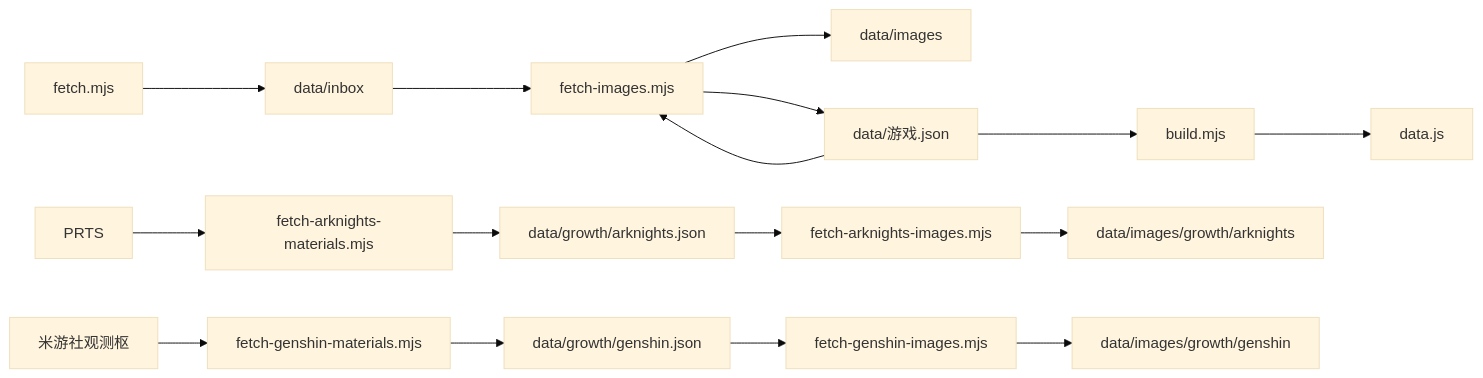
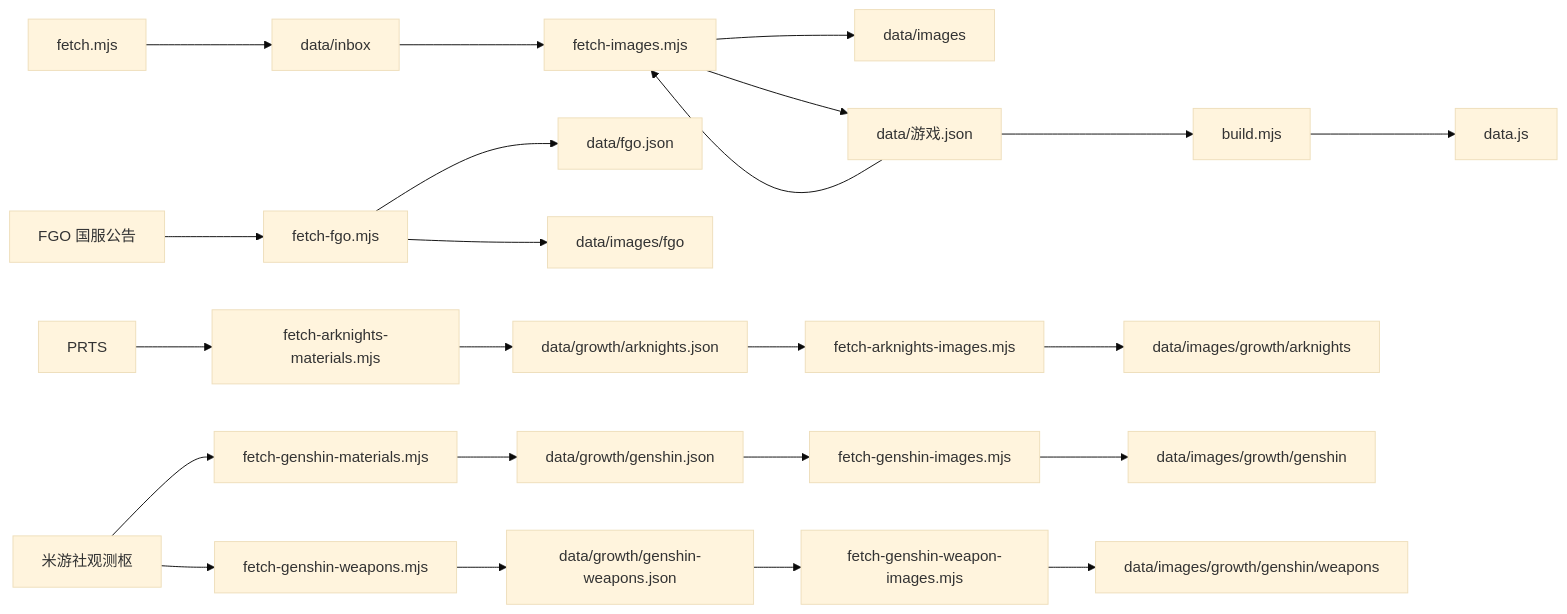
Before and after one commit to QAQ00300/Calender: the diagram in docs/SCRIPTS.md, drawn with Mermaid (base theme). The commit also changed other lines of this file and 22 other files, not shown here.

````diff
--- a/docs/SCRIPTS.md
+++ b/docs/SCRIPTS.md
@@ -20,18 +23,25 @@
 ```mermaid
 flowchart LR
   A[fetch.mjs] --> B[data/inbox]
   B --> C[fetch-images.mjs]
   C --> D[data/images]
+  AB[FGO 国服公告] --> AC[fetch-fgo.mjs]
+  AC --> AD[data/fgo.json]
+  AC --> AE[data/images/fgo]
   E[data/游戏.json] --> C
   C --> E
   E --> F[build.mjs]
   F --> G[data.js]
   H[PRTS] --> I[fetch-arknights-materials.mjs]
   I --> J[data/growth/arknights.json]
   J --> K[fetch-arknights-images.mjs]
   K --> L[data/images/growth/arknights]
   M[米游社观测枢] --> N[fetch-genshin-materials.mjs]
   N --> O[data/growth/genshin.json]
   O --> P[fetch-genshin-images.mjs]
   P --> Q[data/images/growth/genshin]
+  M --> R[fetch-genshin-weapons.mjs]
+  R --> S[data/growth/genshin-weapons.json]
+  S --> T[fetch-genshin-weapon-images.mjs]
+  T --> U[data/images/growth/genshin/weapons]
 ```
````
